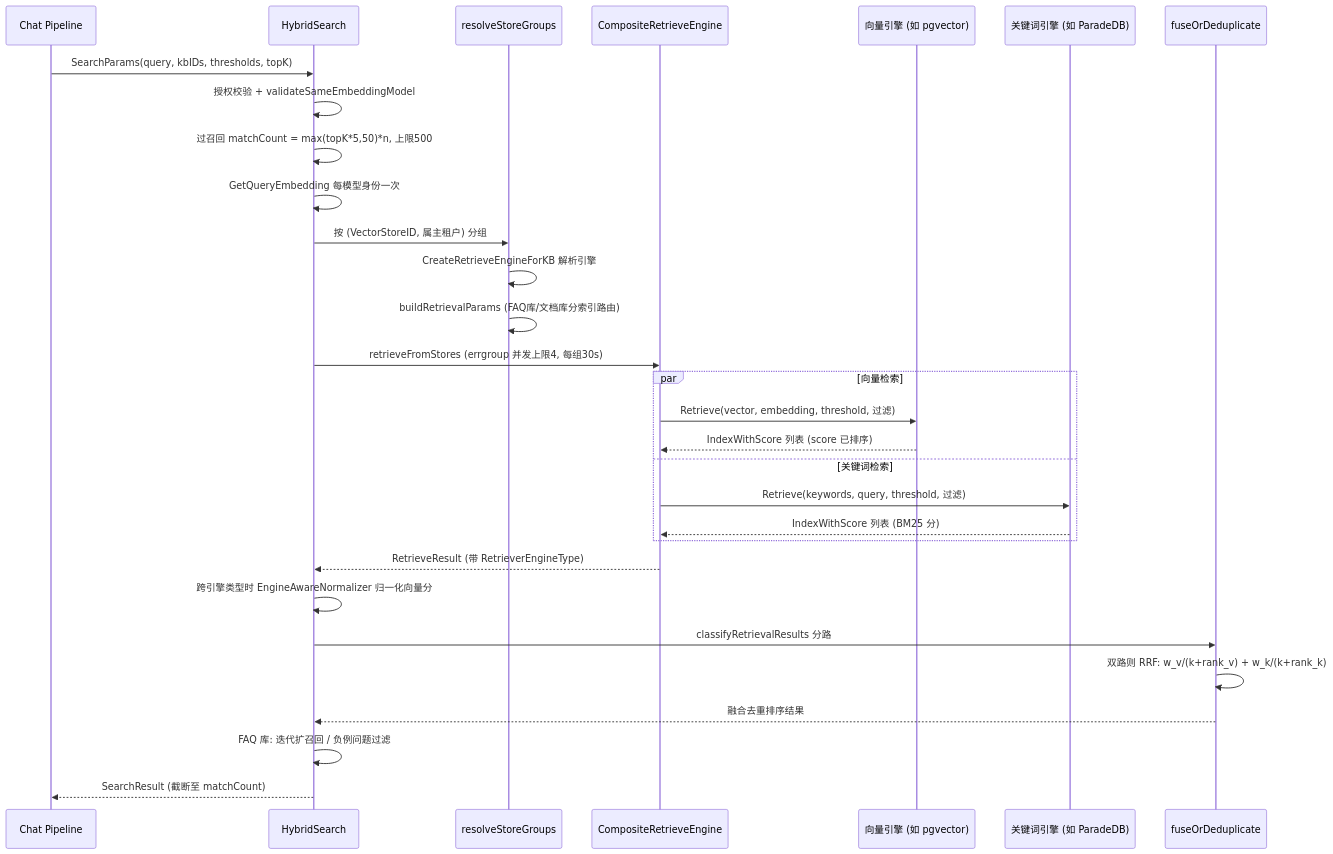
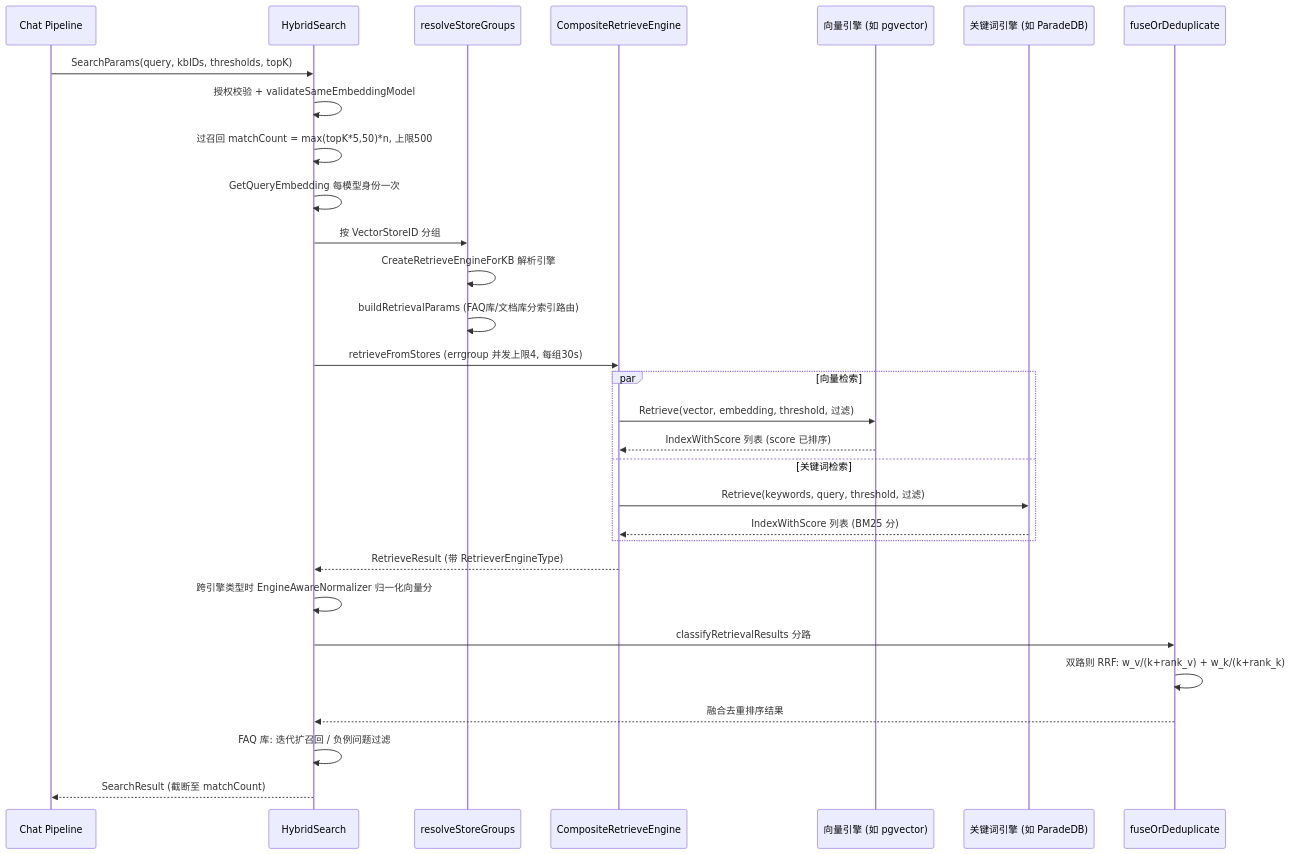
The second of 2 diagrams in website-docs/03-features/05-retrieval-engines.md (magicyuan876/Yuheng), drawn with Mermaid before and after one commit. The commit also changed other lines of this file and 39 other files, not shown here.

````diff
--- a/website-docs/03-features/05-retrieval-engines.md
+++ b/website-docs/03-features/05-retrieval-engines.md
@@ -171,33 +171,33 @@
 ```mermaid
 sequenceDiagram
     participant P as Chat Pipeline
     participant H as HybridSearch
     participant G as resolveStoreGroups
     participant C as CompositeRetrieveEngine
     participant V as 向量引擎 (如 pgvector)
     participant K as 关键词引擎 (如 ParadeDB)
     participant F as fuseOrDeduplicate
 
     P->>H: SearchParams(query, kbIDs, thresholds, topK)
     H->>H: 授权校验 + validateSameEmbeddingModel
     H->>H: 过召回 matchCount = max(topK*5,50)*n, 上限500
     H->>H: GetQueryEmbedding 每模型身份一次
-    H->>G: 按 (VectorStoreID, 属主租户) 分组
+    H->>G: 按 VectorStoreID 分组
     G->>G: CreateRetrieveEngineForKB 解析引擎
     G->>G: buildRetrievalParams (FAQ库/文档库分索引路由)
     H->>C: retrieveFromStores (errgroup 并发上限4, 每组30s)
     par 向量检索
         C->>V: Retrieve(vector, embedding, threshold, 过滤)
         V-->>C: IndexWithScore 列表 (score 已排序)
     and 关键词检索
         C->>K: Retrieve(keywords, query, threshold, 过滤)
         K-->>C: IndexWithScore 列表 (BM25 分)
     end
     C-->>H: RetrieveResult (带 RetrieverEngineType)
     H->>H: 跨引擎类型时 EngineAwareNormalizer 归一化向量分
     H->>F: classifyRetrievalResults 分路
     F->>F: 双路则 RRF: w_v/(k+rank_v) + w_k/(k+rank_k)
     F-->>H: 融合去重排序结果
     H->>H: FAQ 库: 迭代扩召回 / 负例问题过滤
     H-->>P: SearchResult (截断至 matchCount)
 ```
````
